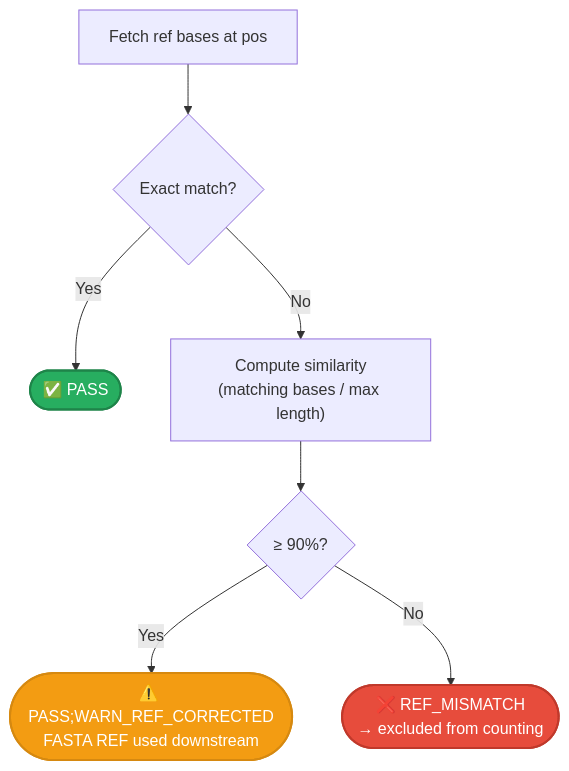
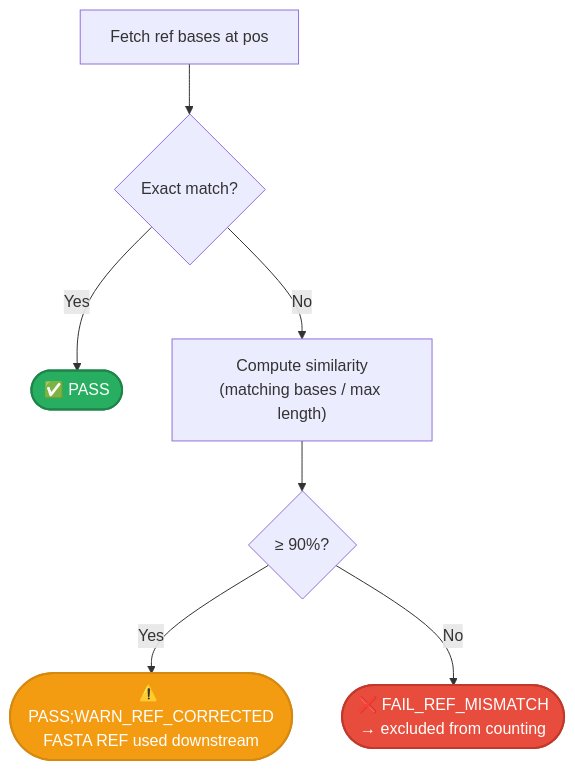
The second of 5 diagrams in docs/reference/variant-normalization.md (msk-access/gbcms), drawn with Mermaid before and after one commit. The commit also changed other lines of this file and 23 other files, not shown here.

````diff
--- a/docs/reference/variant-normalization.md
+++ b/docs/reference/variant-normalization.md
@@ -53,13 +53,13 @@
 ```mermaid
 flowchart TD
     Fetch["Fetch ref bases at pos"] --> Exact{"Exact match?"}
     Exact -->|"Yes"| Pass(["✅ PASS"]):::pass
     Exact -->|"No"| Sim["Compute similarity\n(matching bases / max length)"]
     Sim --> Thresh{"≥ 90%?"}
     Thresh -->|"Yes"| Corrected(["⚠️ PASS;WARN_REF_CORRECTED\nFASTA REF used downstream"]):::warn
-    Thresh -->|"No"| Fail(["❌ REF_MISMATCH\n→ excluded from counting"]):::fail
+    Thresh -->|"No"| Fail(["❌ FAIL_REF_MISMATCH\n→ excluded from counting"]):::fail
 
     classDef pass fill:#27ae60,color:#fff,stroke:#1e8449,stroke-width:2px;
     classDef warn fill:#f39c12,color:#fff,stroke:#d68910,stroke-width:2px;
     classDef fail fill:#e74c3c,color:#fff,stroke:#c0392b,stroke-width:2px;
 ```
````
